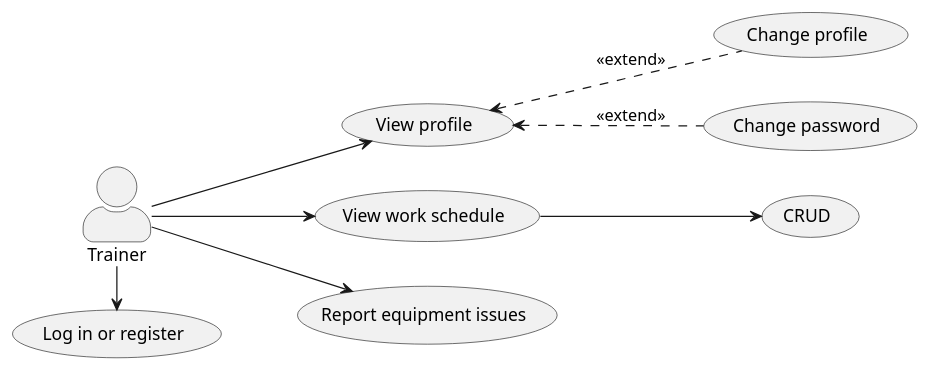
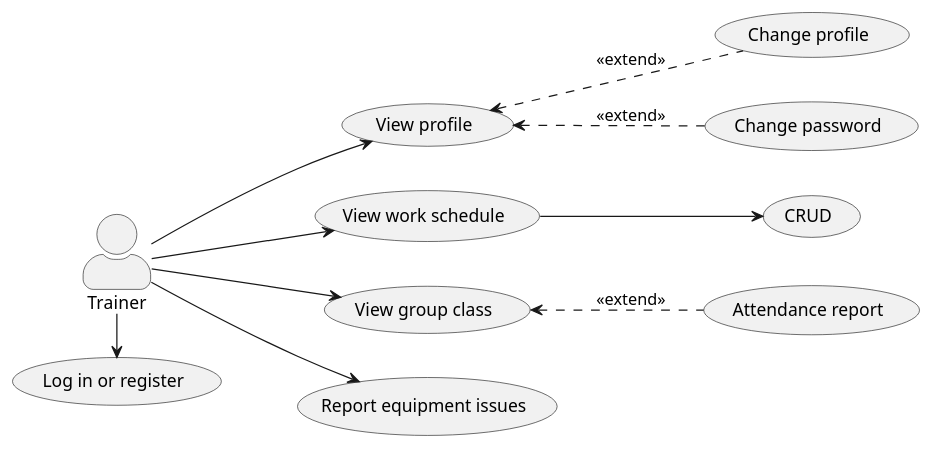
Before and after one commit to dungnguyen420/demo-swp: the second of 5 diagrams in docs/useCase.puml, drawn with PlantUML. The commit also changed other lines of this file, not shown here.

Commit message:
Sơ đồ UseCase của gymcare

```diff
--- a/docs/useCase.puml
+++ b/docs/useCase.puml
@@ -24,15 +24,17 @@
 @startuml
 left to right direction
 skinparam actorStyle awesome
 
 actor "Trainer" as trainer
 
 trainer -> (Log in or register)
 trainer --> (View profile)
-        (View profile) <.. (Change profile) : <<extend>>
-        (View profile) <.. (Change password) : <<extend>>
+(View profile) <.. (Change profile) : <<extend>>
+(View profile) <.. (Change password) : <<extend>>
 trainer --> (View work schedule)
+trainer --> (View group class)
+(View group class) <.. (Attendance report): <<extend>>
 (View work schedule) --> (CRUD)
 trainer --> (Report equipment issues)
 
 @enduml
```
